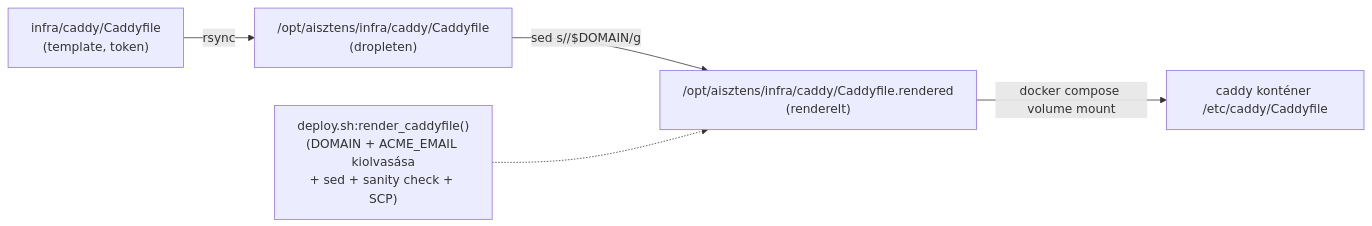
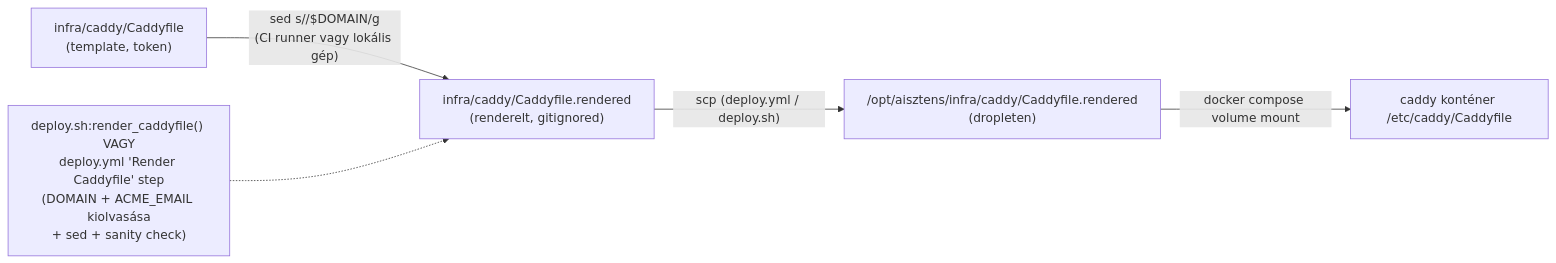
The second of 3 diagrams in docs/Specs/Caddy-Reverse-Proxy.md (zakzag/ai-sztens-dev), drawn with Mermaid before and after one commit. The commit also changed other lines of this file and 34 other files, not shown here.

````diff
--- a/docs/Specs/Caddy-Reverse-Proxy.md
+++ b/docs/Specs/Caddy-Reverse-Proxy.md
@@ -128,7 +130,7 @@
 ```mermaid
 flowchart LR
-    A["infra/caddy/Caddyfile<br/>(template, <DOMAIN> token)"] -- "rsync" --> B["/opt/aisztens/infra/caddy/Caddyfile<br/>(dropleten)"]
-    B -- "sed s/<DOMAIN>/$DOMAIN/g" --> C["/opt/aisztens/infra/caddy/Caddyfile.rendered<br/>(renderelt)"]
-    C -- "docker compose volume mount" --> D["caddy konténer /etc/caddy/Caddyfile"]
-    E["deploy.sh:render_caddyfile()<br/>(DOMAIN + ACME_EMAIL kiolvasása<br/>+ sed + sanity check + SCP)"] -.-> C
+    A["infra/caddy/Caddyfile<br/>(template, <DOMAIN> token)"] -- "sed s/<DOMAIN>/$DOMAIN/g<br/>(CI runner vagy lokális gép)" --> C["infra/caddy/Caddyfile.rendered<br/>(renderelt, gitignored)"]
+    C -- "scp (deploy.yml / deploy.sh)" --> C2["/opt/aisztens/infra/caddy/Caddyfile.rendered<br/>(dropleten)"]
+    C2 -- "docker compose volume mount" --> D["caddy konténer /etc/caddy/Caddyfile"]
+    E["deploy.sh:render_caddyfile() VAGY<br/>deploy.yml 'Render Caddyfile' step<br/>(DOMAIN + ACME_EMAIL kiolvasása<br/>+ sed + sanity check)"] -.-> C
 ```
````
